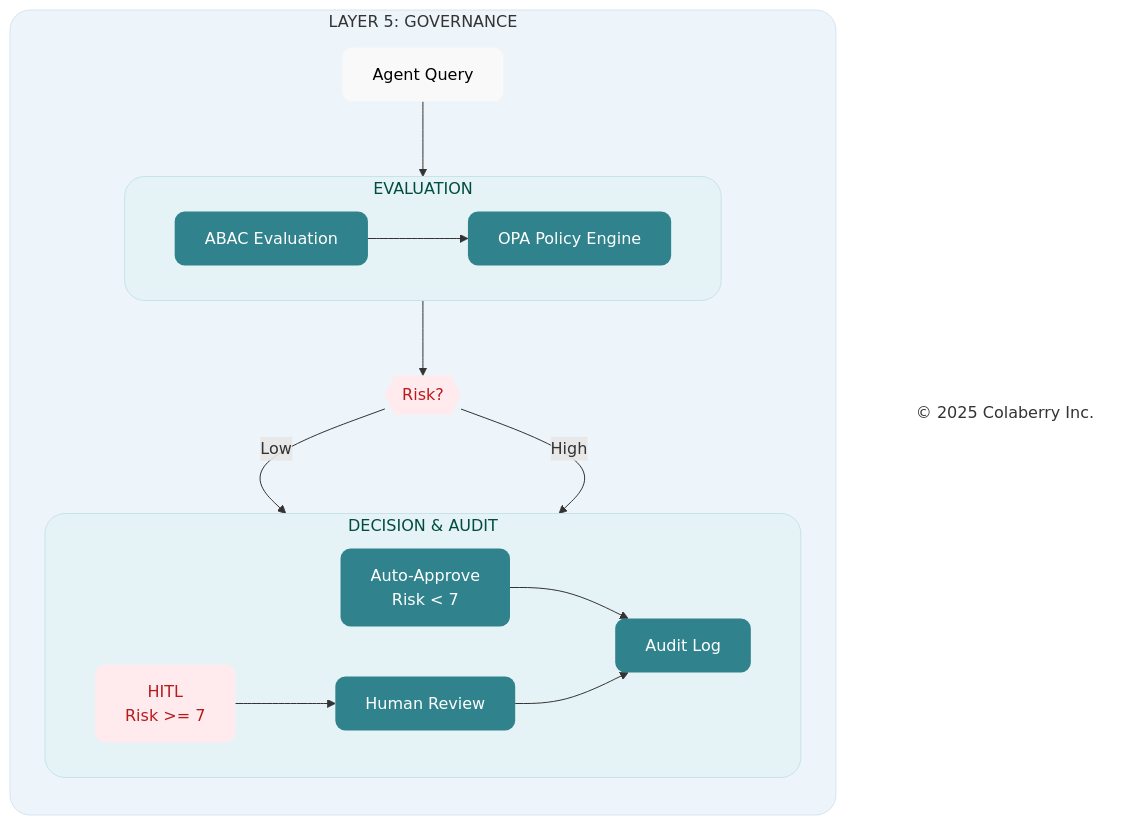
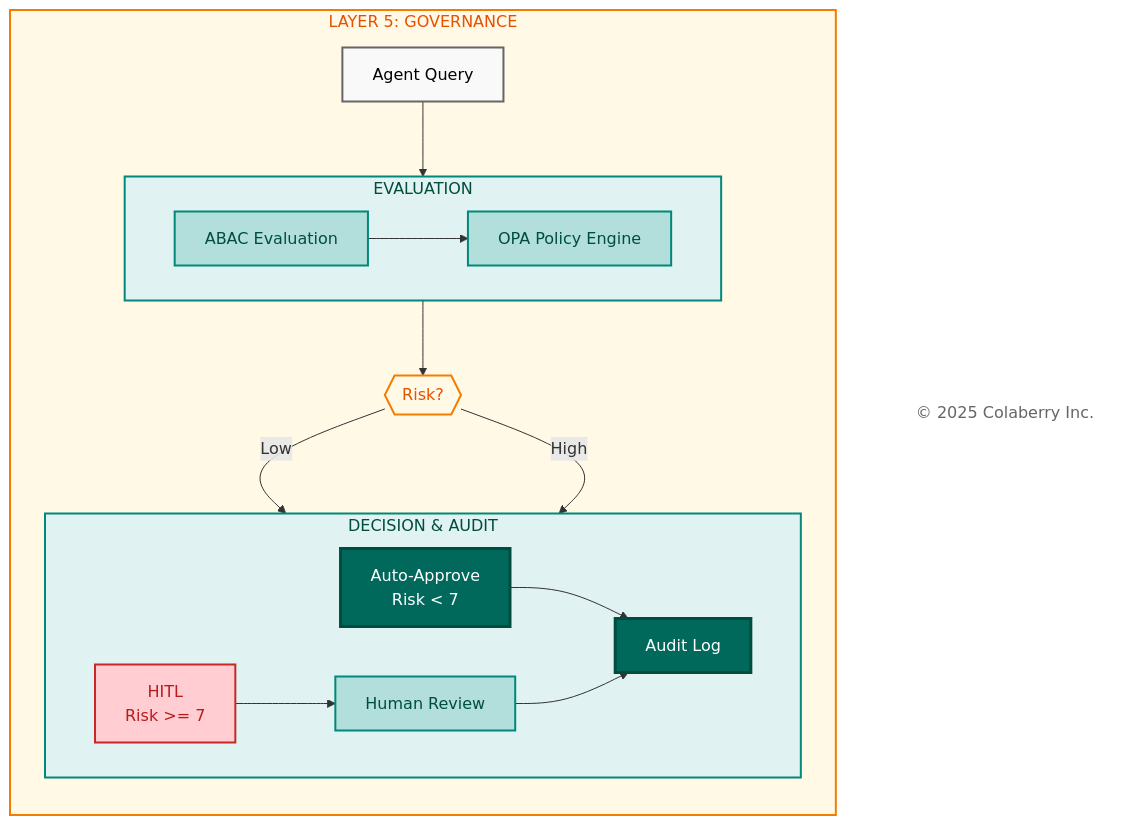
Before and after one commit to saitejesh-cyber/trust-before-intelligence-book: the fourth of 14 diagrams in manuscript/07_chapter_6_transparency_orchestration_layers.md, drawn with Mermaid. The commit also changed other lines of this file and 12 other files, not shown here.

Commit message:
Restore legacy Mermaid styles for Option 1

````diff
--- a/manuscript/07_chapter_6_transparency_orchestration_layers.md
+++ b/manuscript/07_chapter_6_transparency_orchestration_layers.md
@@ -304,45 +301,45 @@
 ```mermaid
 
 graph TB
     subgraph LAYER5["LAYER 5: GOVERNANCE"]
         direction TB
         Query["Agent Query"]
         
         subgraph EVAL["EVALUATION"]
             direction LR
             ABAC["ABAC Evaluation"]
             OPA["OPA Policy Engine"]
             ABAC --> OPA
         end
         
         Risk{{"Risk?"}}
         
         subgraph DECISION["DECISION & AUDIT"]
             direction LR
             Auto["Auto-Approve<br/>Risk < 7"]
             HITL["HITL<br/>Risk >= 7"]
             Human["Human Review"]
             Audit["Audit Log"]
         end
     end
     
     Copyright["© 2025 Colaberry Inc."]
     
     Query --> EVAL --> Risk
     Risk -->|"Low"| Auto --> Audit
     Risk -->|"High"| HITL --> Human --> Audit
     
-    style LAYER5 fill:#edf4fa,stroke:#d6e4f2,stroke-width:1px,color:#333333,rx:20,ry:20
-    style Query fill:#f9f9f9,stroke:none,color:#000000,rx:10,ry:10
-    style EVAL fill:#e6f3f6,stroke:#c7e3ea,stroke-width:1px,color:#004d40,rx:20,ry:20
-    style ABAC fill:#30838C,stroke:none,color:#ffffff,rx:10,ry:10
-    style OPA fill:#30838C,stroke:none,color:#ffffff,rx:10,ry:10
-    style Risk fill:#ffebee,stroke:none,color:#b71c1c,rx:10,ry:10
-    style DECISION fill:#e6f3f6,stroke:#c7e3ea,stroke-width:1px,color:#004d40,rx:20,ry:20
-    style Auto fill:#30838C,stroke:none,color:#ffffff,rx:10,ry:10
-    style HITL fill:#ffebee,stroke:none,color:#b71c1c,rx:10,ry:10
-    style Human fill:#30838C,stroke:none,color:#ffffff,rx:10,ry:10
-    style Audit fill:#30838C,stroke:none,color:#ffffff,rx:10,ry:10
-    style Copyright fill:none,stroke:none,color:#333333
+    style LAYER5 fill:#fff9e6,stroke:#f57c00,stroke-width:2px,color:#e65100
+    style Query fill:#f9f9f9,stroke:#666666,stroke-width:2px,color:#000000
+    style EVAL fill:#e0f2f1,stroke:#00897b,stroke-width:2px,color:#004d40
+    style ABAC fill:#b2dfdb,stroke:#00897b,stroke-width:2px,color:#004d40
+    style OPA fill:#b2dfdb,stroke:#00897b,stroke-width:2px,color:#004d40
+    style Risk fill:#fff9e6,stroke:#f57c00,stroke-width:2px,color:#e65100
+    style DECISION fill:#e0f2f1,stroke:#00897b,stroke-width:2px,color:#004d40
+    style Auto fill:#00695c,color:#ffffff,stroke:#004d40,stroke-width:3px
+    style HITL fill:#ffcdd2,stroke:#c62828,stroke-width:2px,color:#b71c1c
+    style Human fill:#b2dfdb,stroke:#00897b,stroke-width:2px,color:#004d40
+    style Audit fill:#00695c,color:#ffffff,stroke:#004d40,stroke-width:3px
+    style Copyright fill:#ffffff,stroke:none,color:#666666
 
 ```
````
